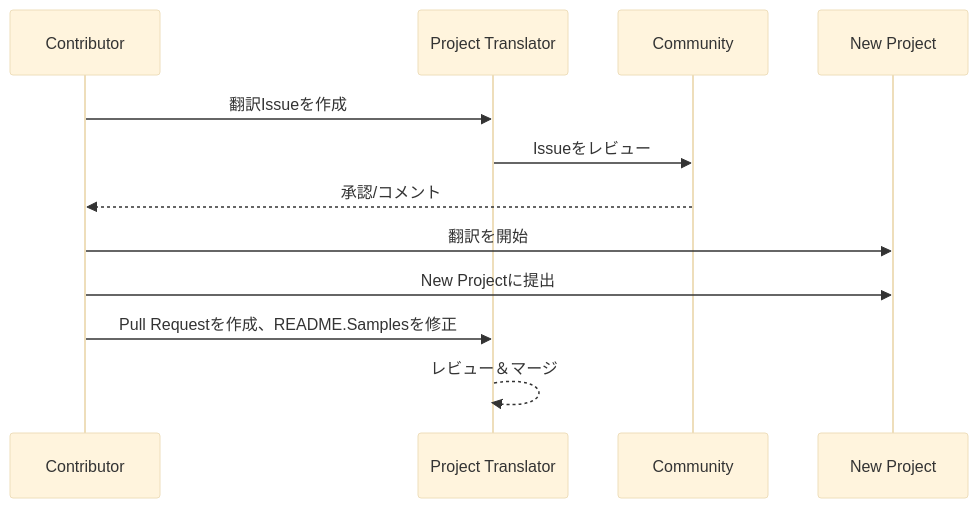
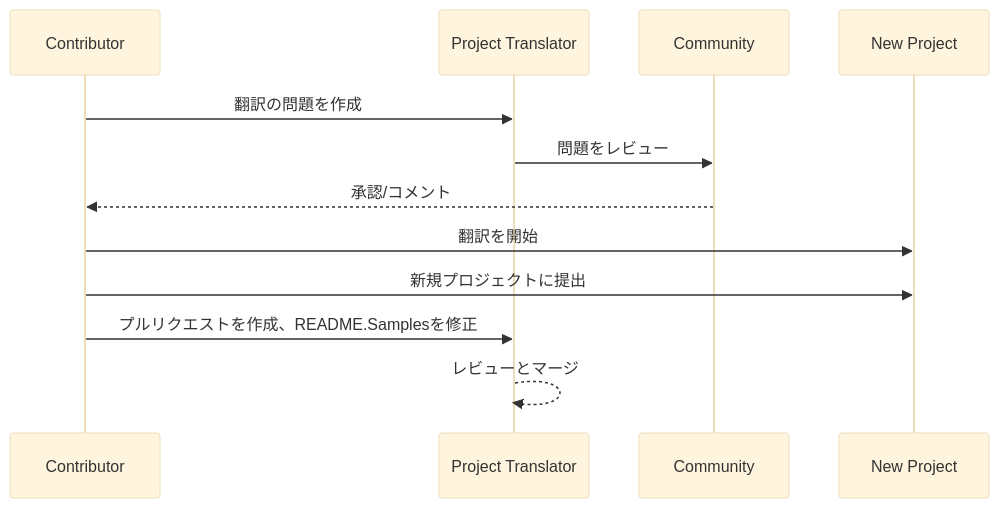
One commit to Project-Translation/project_translator changed the diagram in readmes/README.ja-jp.md. Above: the diagram before and after it, drawn with Mermaid (base theme). The commit also changed other lines of this file and 17 other files, not shown here.

````diff
--- a/readmes/README.ja-jp.md
+++ b/readmes/README.ja-jp.md
@@ -63,10 +64,10 @@
 ```mermaid
 sequenceDiagram
-  Contributor->>Project Translator: 翻訳Issueを作成
-  Project Translator->>Community: Issueをレビュー
+  Contributor->>Project Translator: 翻訳の問題を作成
+  Project Translator->>Community: 問題をレビュー
   Community-->>Contributor: 承認/コメント
   Contributor->>New Project: 翻訳を開始
-  Contributor->>New Project: New Projectに提出
-  Contributor->>Project Translator: Pull Requestを作成、README.Samplesを修正
-  Project Translator-->>Project Translator: レビュー＆マージ
+  Contributor->>New Project: 新規プロジェクトに提出
+  Contributor->>Project Translator: プルリクエストを作成、README.Samplesを修正
+  Project Translator-->>Project Translator: レビューとマージ
 ```
````
